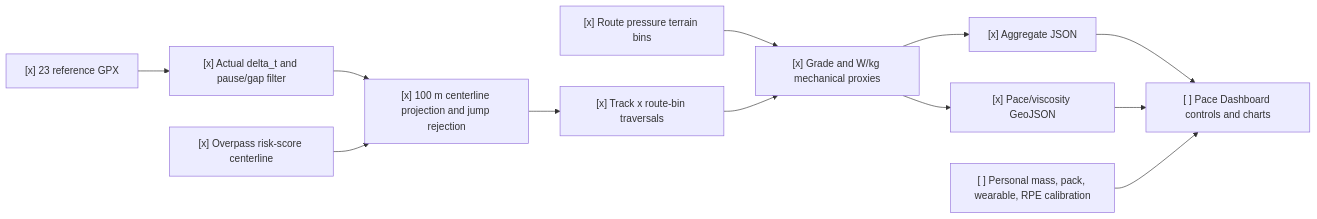
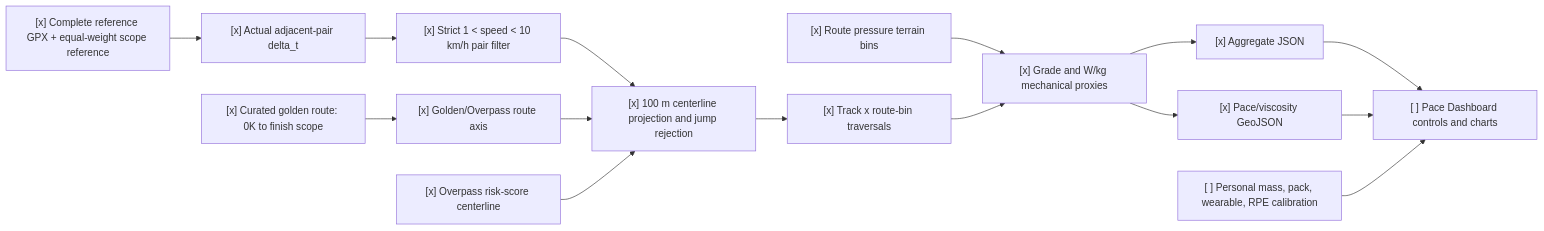
The diagram in docs/specs/pretrip-reference-pace-energy-analysis.md (alexwang0315/Scout), drawn with Mermaid before and after one commit. The commit also changed other lines of this file and 7 other files, not shown here.

First line of the commit message:
feat(architecture): add crowd passage evidence

````diff
--- a/docs/specs/pretrip-reference-pace-energy-analysis.md
+++ b/docs/specs/pretrip-reference-pace-energy-analysis.md
@@ -227,14 +269,17 @@
 ```mermaid
 flowchart LR
-  GPX["[x] 23 reference GPX"] --> Time["[x] Actual delta_t and pause/gap filter"]
-  Time --> Match["[x] 100 m centerline projection and jump rejection"]
+  Golden["[x] Curated golden route: 0K to finish scope"] --> Scope["[x] Golden/Overpass route axis"]
+  GPX["[x] Complete reference GPX + equal-weight scope reference"] --> Time["[x] Actual adjacent-pair delta_t"]
+  Time --> Pair["[x] Strict 1 < speed < 10 km/h pair filter"]
+  Pair --> Match["[x] 100 m centerline projection and jump rejection"]
+  Scope --> Match
   Risk["[x] Overpass risk-score centerline"] --> Match
   Pressure["[x] Route pressure terrain bins"] --> Demand["[x] Grade and W/kg mechanical proxies"]
   Match --> Traverse["[x] Track x route-bin traversals"]
   Traverse --> Demand
   Demand --> JSON["[x] Aggregate JSON"]
   Demand --> GeoJSON["[x] Pace/viscosity GeoJSON"]
   JSON --> Dashboard["[ ] Pace Dashboard controls and charts"]
   GeoJSON --> Dashboard
   Personal["[ ] Personal mass, pack, wearable, RPE calibration"] --> Dashboard
 ```
````
